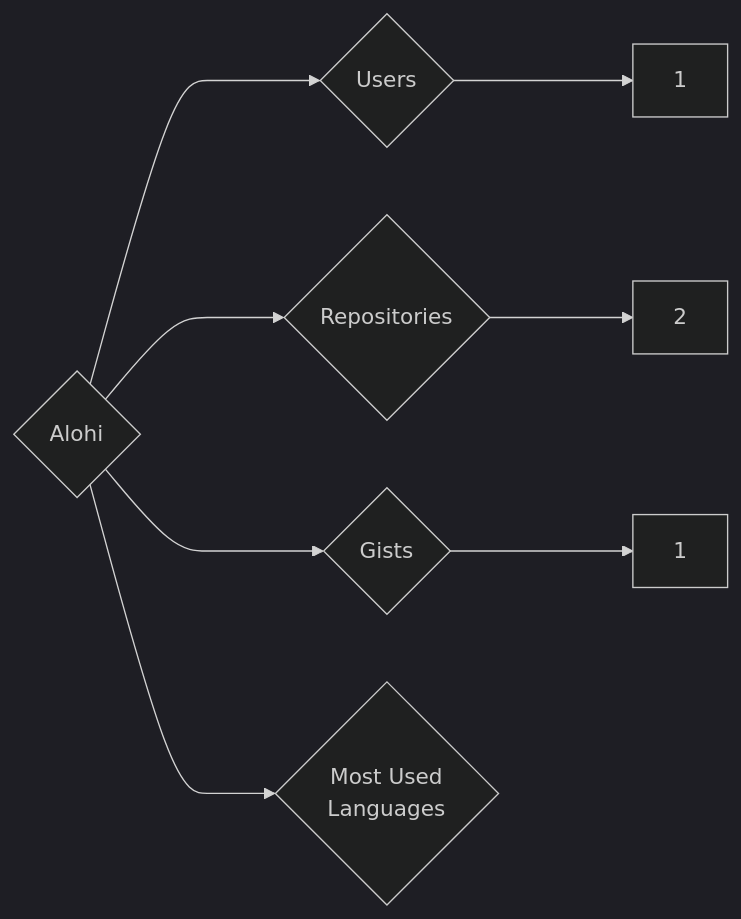
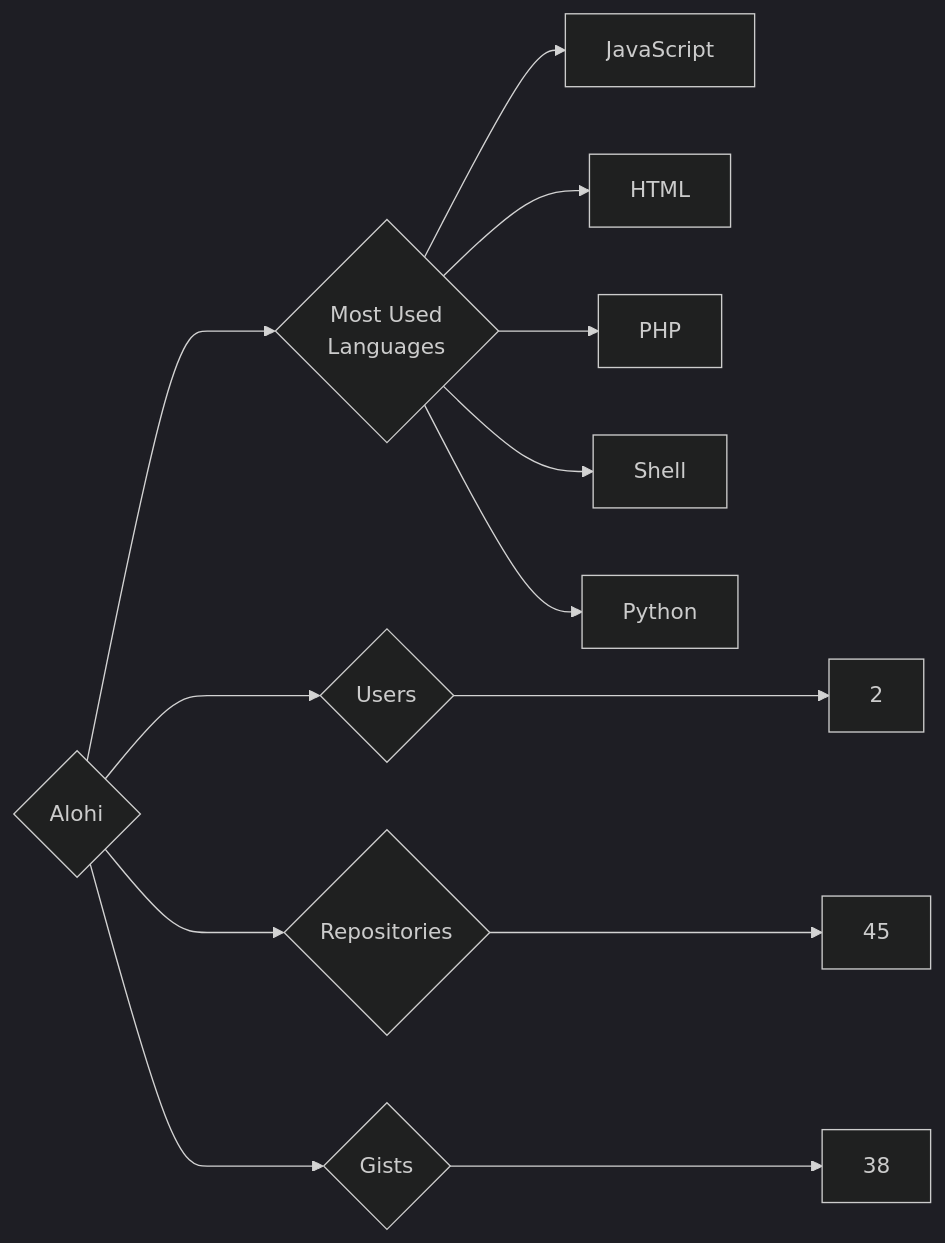
One commit to trickest/insiders changed the diagram in targets/Alohi/README.md. Above: the diagram before and after it, drawn with Mermaid (dark theme). The commit also changed 657 other files, not shown here.

````diff
--- a/targets/Alohi/README.md
+++ b/targets/Alohi/README.md
@@ -3,8 +3,13 @@
 ```mermaid
 graph LR
 COMPANY_NAME{Alohi}
-COMPANY_NAME ---> U{Users} ---> UN[1]
-COMPANY_NAME ---> R{Repositories} ---> RN[2]
-COMPANY_NAME ---> G{Gists} ---> GN[1]
+COMPANY_NAME ---> U{Users} ---> UN[2]
+COMPANY_NAME ---> R{Repositories} ---> RN[45]
+COMPANY_NAME ---> G{Gists} ---> GN[38]
 COMPANY_NAME ---> ML{Most Used<br>Languages}
+ML --> JavaScript[JavaScript]
+ML --> HTML[HTML]
+ML --> PHP[PHP]
+ML --> Shell[Shell]
+ML --> Python[Python]
 ```
````
